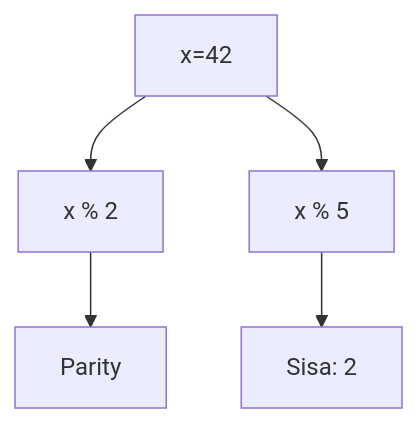
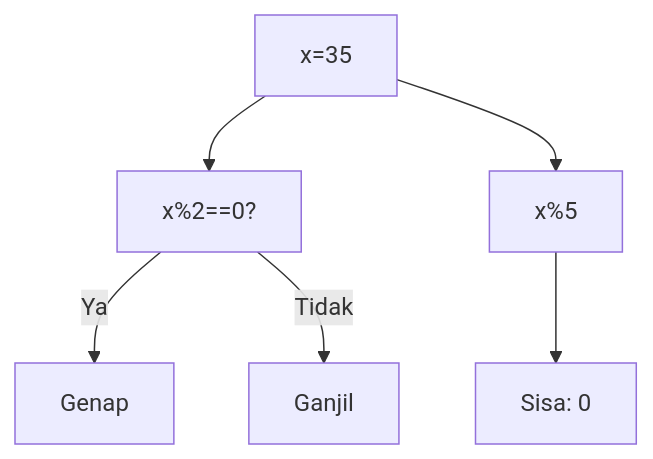
One commit to amnahwaida/OSNK_INF_PREP changed diagram 19 of 25 in part-c-pemahaman-cpp/06-bitwise/latihan/set-04.md. Above: the diagram before and after it, drawn with Mermaid. The commit also changed other lines of this file and 71 other files, not shown here.

Commit message:
Fixed Mermaid syntax lexical errors with quoted labels in 1,800 questions

````diff
--- a/part-c-pemahaman-cpp/06-bitwise/latihan/set-04.md
+++ b/part-c-pemahaman-cpp/06-bitwise/latihan/set-04.md
@@ -503,7 +598,8 @@
 ```mermaid
 graph TD
-A[x=42] --> B[x % 2]
-B --> C[Parity]
-A --> D[x % 5]
-D --> E[Sisa: 2]
+A["x=35"] --> B["x%2==0?"]
+B -- Ya --> C["Genap"]
+B -- Tidak --> D["Ganjil"]
+A --> E["x%5"]
+E --> F["Sisa: 0"]
 ```
````
